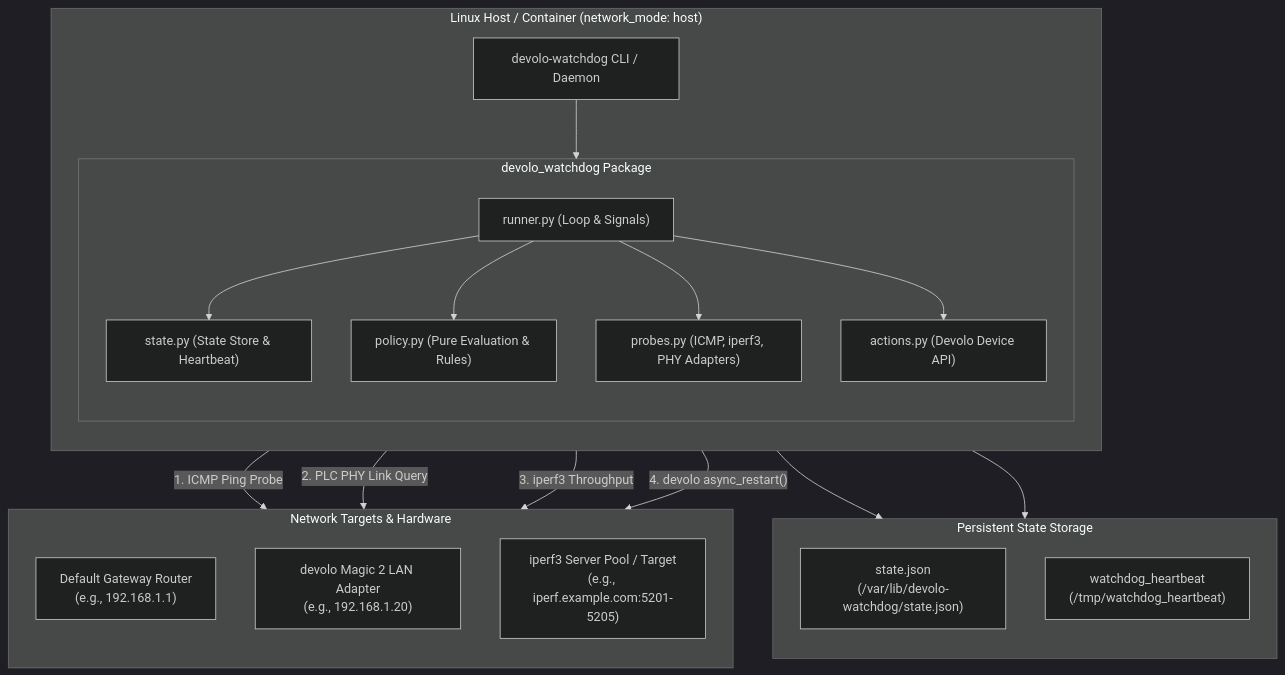
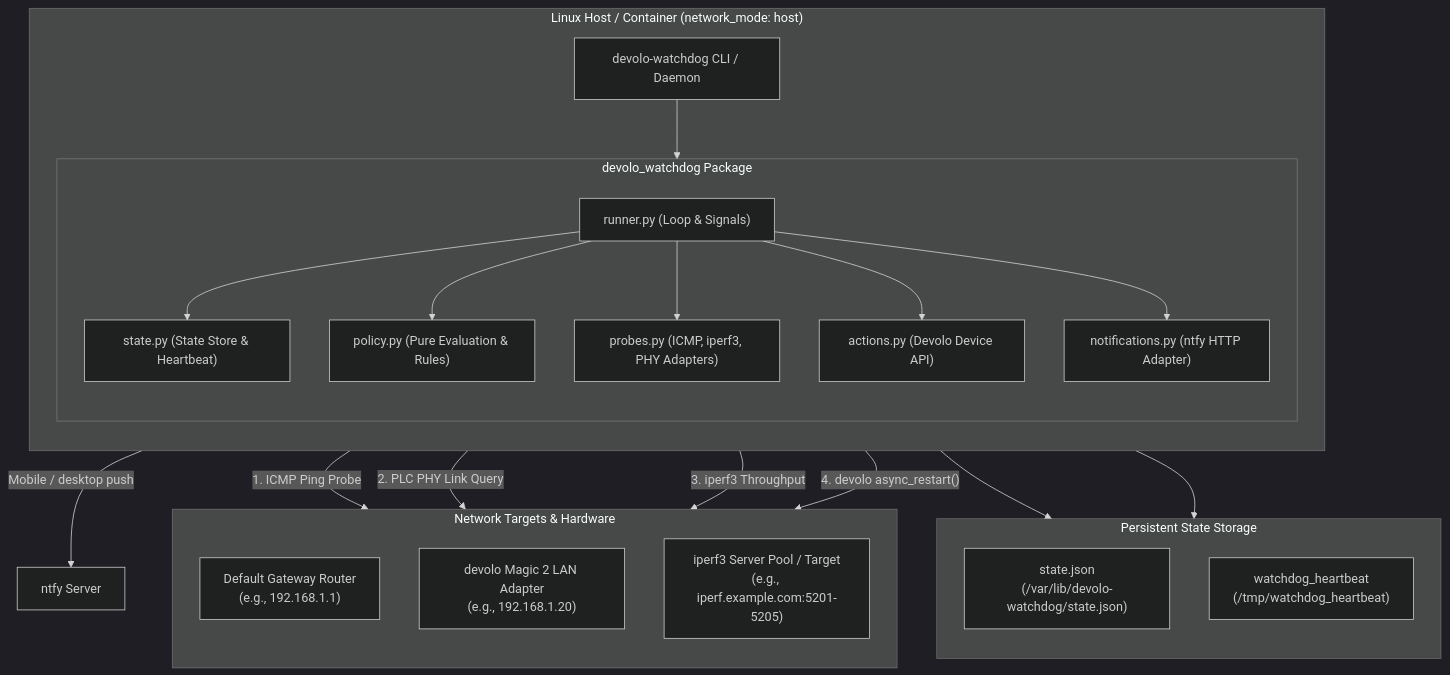
One commit to valentinsviridov/devolo-throughput-watchdog changed the first of 3 diagrams in README.md. Above: the diagram before and after it, drawn with Mermaid (dark theme). The commit also changed other lines of this file and 17 other files, not shown here.

Commit message:
feat: add ntfy integration to send notifications in case of network degradation / devolo restart

````diff
--- a/README.md
+++ b/README.md
@@ -18,43 +18,46 @@
 ```mermaid
 graph TD
     subgraph Host ["Linux Host / Container (network_mode: host)"]
         direction TD
         CLI["devolo-watchdog CLI / Daemon"]
 
         subgraph Engine ["devolo_watchdog Package"]
             direction TD
             Runner["runner.py (Loop & Signals)"]
             State["state.py (State Store & Heartbeat)"]
             Policy["policy.py (Pure Evaluation & Rules)"]
             Probes["probes.py (ICMP, iperf3, PHY Adapters)"]
             Actions["actions.py (Devolo Device API)"]
+            Notifications["notifications.py (ntfy HTTP Adapter)"]
         end
     end
 
     subgraph Storage ["Persistent State Storage"]
         direction TD
         StateFile["state.json<br/>(/var/lib/devolo-watchdog/state.json)"]
         HeartbeatFile["watchdog_heartbeat<br/>(/tmp/watchdog_heartbeat)"]
     end
 
     subgraph TargetNetwork ["Network Targets & Hardware"]
         direction TD
         Gateway["Default Gateway Router<br/>(e.g., 192.168.1.1)"]
         Devolo["devolo Magic 2 LAN Adapter<br/>(e.g., 192.168.1.20)"]
         PublicIperf["iperf3 Server Pool / Target<br/>(e.g., iperf.example.com:5201-5205)"]
     end
 
     CLI --> Runner
     Runner --> State
     Runner --> Policy
     Runner --> Probes
     Runner --> Actions
+    Runner --> Notifications
 
     State --> StateFile
     State --> HeartbeatFile
 
     Probes -- "1. ICMP Ping Probe" --> Gateway
     Probes -- "2. PLC PHY Link Query" --> Devolo
     Probes -- "3. iperf3 Throughput" --> PublicIperf
     Actions -- "4. devolo async_restart()" --> Devolo
+    Notifications -- "Mobile / desktop push" --> Ntfy["ntfy Server"]
 ```
````
